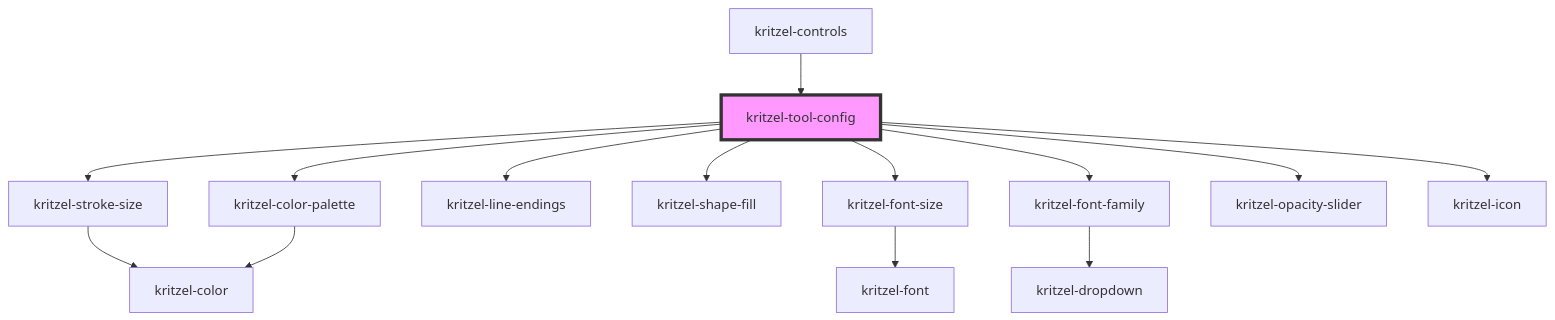
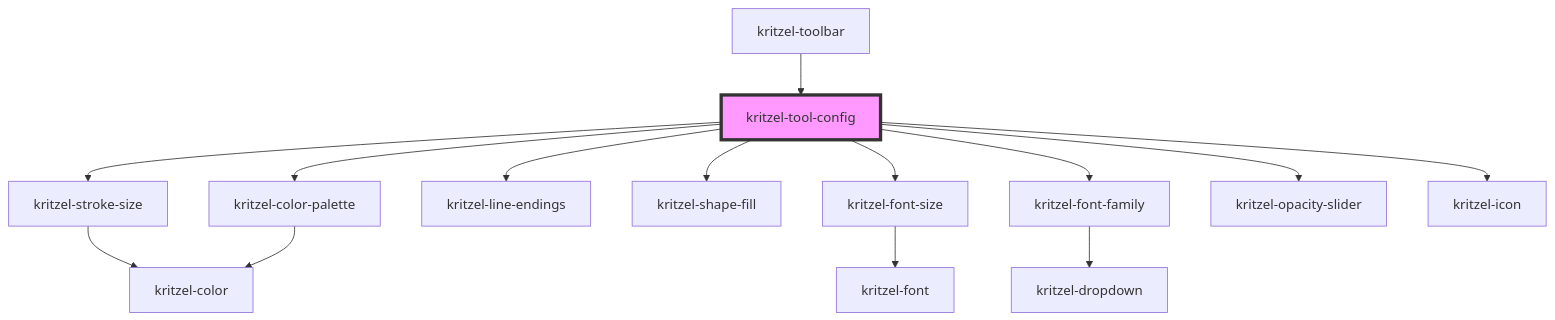
One commit to kasual1/kritzel changed the diagram in libs/kritzel-stencil/src/components/ui/kritzel-tool-config/readme.md. Above: the diagram before and after it, drawn with Mermaid. The commit also changed other lines of this file and 114 other files, not shown here.

Commit message:
#403: Rename controls to toolbar

````diff
--- a/libs/kritzel-stencil/src/components/ui/kritzel-tool-config/readme.md
+++ b/libs/kritzel-stencil/src/components/ui/kritzel-tool-config/readme.md
@@ -45,17 +45,17 @@
 ```mermaid
 graph TD;
   kritzel-tool-config --> kritzel-stroke-size
   kritzel-tool-config --> kritzel-font-size
   kritzel-tool-config --> kritzel-line-endings
   kritzel-tool-config --> kritzel-shape-fill
   kritzel-tool-config --> kritzel-font-family
   kritzel-tool-config --> kritzel-color-palette
   kritzel-tool-config --> kritzel-opacity-slider
   kritzel-tool-config --> kritzel-icon
   kritzel-stroke-size --> kritzel-color
   kritzel-font-size --> kritzel-font
   kritzel-font-family --> kritzel-dropdown
   kritzel-color-palette --> kritzel-color
-  kritzel-controls --> kritzel-tool-config
+  kritzel-toolbar --> kritzel-tool-config
   style kritzel-tool-config fill:#f9f,stroke:#333,stroke-width:4px
 ```
````
